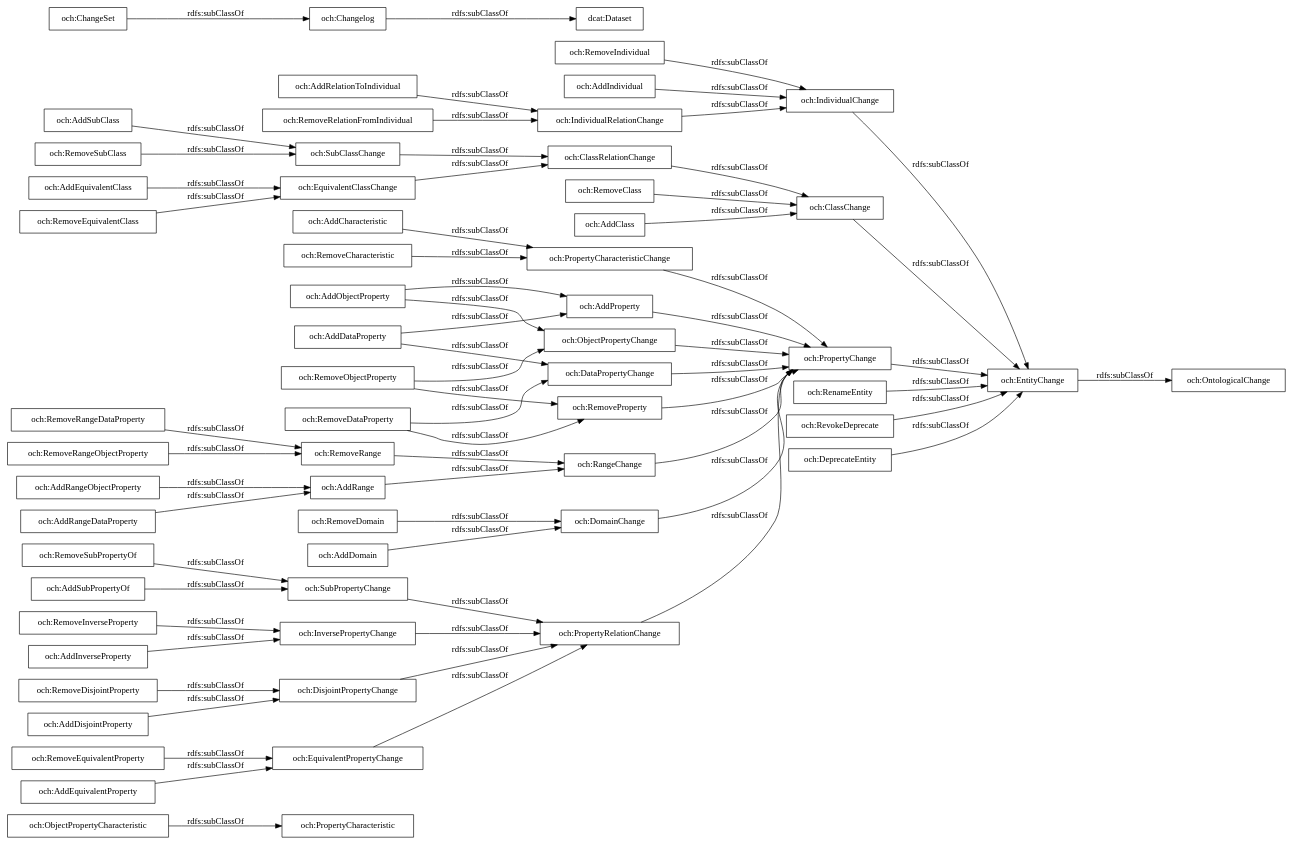
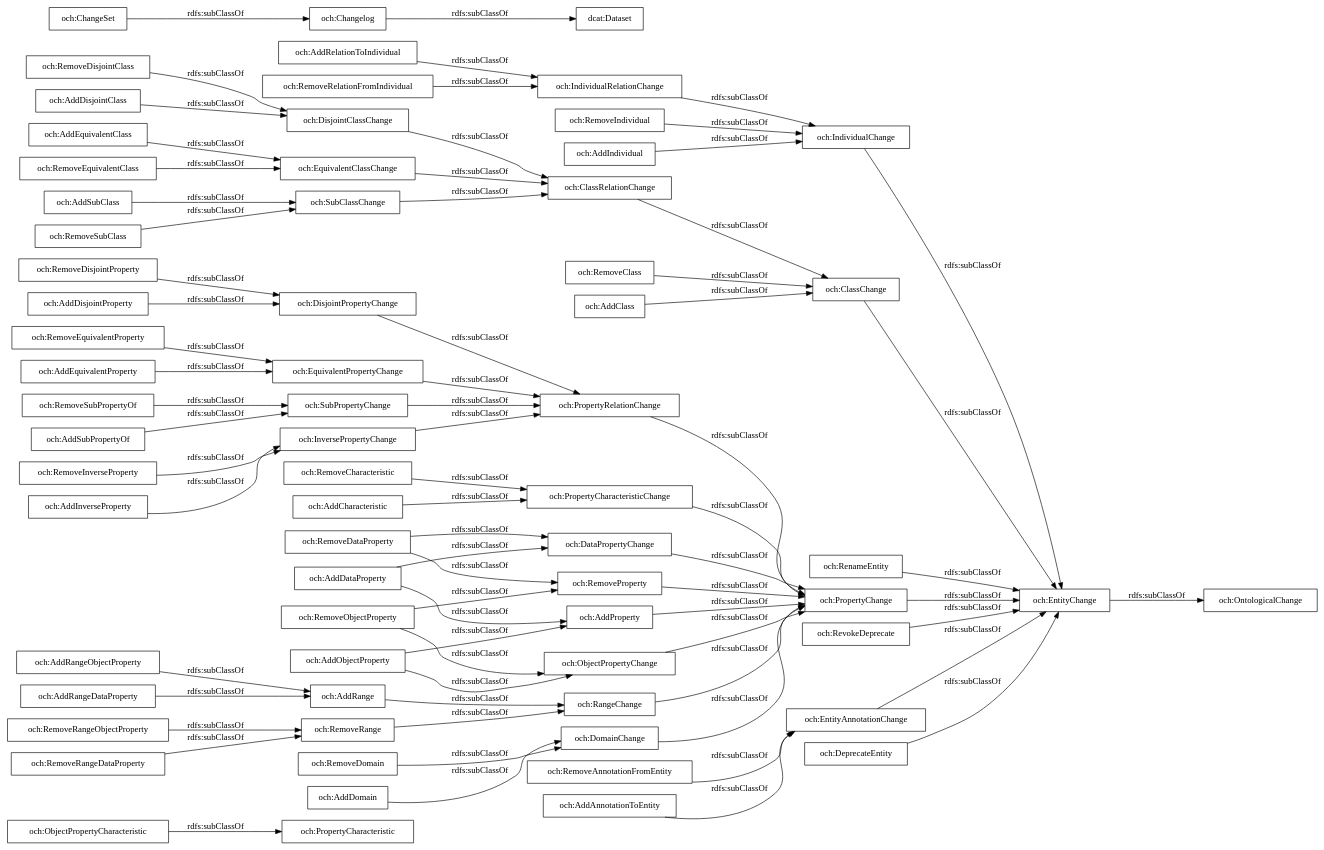
One commit to oeg-upm/OWLChangeOntology changed the diagram in OnToology/ontology/och_ontology_3.0.ttl/diagrams/ar2dtool-taxonomy/och_ontology_3.0.ttl.png.dot. Above: the diagram before and after it, drawn with Graphviz. The commit also changed 77 other files, not shown here.

```diff
--- a/OnToology/ontology/och_ontology_3.0.ttl/diagrams/ar2dtool-taxonomy/och_ontology_3.0.ttl.png.dot
+++ b/OnToology/ontology/och_ontology_3.0.ttl/diagrams/ar2dtool-taxonomy/och_ontology_3.0.ttl.png.dot
@@ -1,68 +1,74 @@
 digraph ar2dtool_diagram { 
 rankdir=LR;
 size="1000"
-node [shape = rectangle, color="black"]; "och:PropertyCharacteristic" "och:RemoveObjectProperty" "och:RemoveCharacteristic" "och:RemoveIndividual" "och:AddIndividual" "och:RemoveEquivalentProperty" "och:DisjointPropertyChange" "och:PropertyRelationChange" "och:AddRelationToIndividual" "och:IndividualChange" "och:PropertyCharacteristicChange" "och:DataPropertyChange" "och:ClassChange" "och:RangeChange" "och:RemoveClass" "och:AddSubClass" "och:AddClass" "och:RemoveDataProperty" "och:RenameEntity" "och:PropertyChange" "och:EquivalentPropertyChange" "och:ObjectPropertyChange" "och:RevokeDeprecate" "och:EntityChange" "och:SubClassChange" "och:RemoveDisjointProperty" "och:AddRangeObjectProperty" "och:AddProperty" "och:ChangeSet" "och:AddEquivalentClass" "och:AddCharacteristic" "och:RemoveInverseProperty" "och:RemoveEquivalentClass" "och:RemoveDomain" "och:AddDisjointProperty" "och:Changelog" "och:RemoveSubClass" "och:AddInverseProperty" "och:DeprecateEntity" "och:RemoveRelationFromIndividual" "och:AddEquivalentProperty" "och:SubPropertyChange" "och:RemoveProperty" "och:ClassRelationChange" "och:AddDataProperty" "och:DomainChange" "och:EquivalentClassChange" "och:IndividualRelationChange" "och:AddObjectProperty" "och:RemoveRange" "dcat:Dataset" "och:RemoveSubPropertyOf" "och:AddDomain" "och:AddSubPropertyOf" "och:AddRange" "och:InversePropertyChange" "och:OntologicalChange" "och:AddRangeDataProperty" "och:ObjectPropertyCharacteristic" "och:RemoveRangeDataProperty" "och:RemoveRangeObjectProperty" ; /*classes style*/
+node [shape = rectangle, color="black"]; "och:PropertyCharacteristic" "och:RemoveObjectProperty" "och:RemoveCharacteristic" "och:RemoveIndividual" "och:AddIndividual" "och:RemoveEquivalentProperty" "och:DisjointPropertyChange" "och:PropertyRelationChange" "och:AddRelationToIndividual" "och:IndividualChange" "och:PropertyCharacteristicChange" "och:DataPropertyChange" "och:ClassChange" "och:RangeChange" "och:RemoveClass" "och:AddSubClass" "och:AddClass" "och:RemoveDataProperty" "och:RenameEntity" "och:PropertyChange" "och:RemoveDisjointClass" "och:EquivalentPropertyChange" "och:ObjectPropertyChange" "och:RevokeDeprecate" "och:EntityChange" "och:SubClassChange" "och:RemoveDisjointProperty" "och:AddRangeObjectProperty" "och:AddProperty" "och:ChangeSet" "och:AddEquivalentClass" "och:AddCharacteristic" "och:RemoveInverseProperty" "och:EntityAnnotationChange" "och:RemoveEquivalentClass" "och:DisjointClassChange" "och:RemoveDomain" "och:AddDisjointProperty" "och:Changelog" "och:RemoveSubClass" "och:AddInverseProperty" "och:DeprecateEntity" "och:RemoveRelationFromIndividual" "och:AddEquivalentProperty" "och:RemoveAnnotationFromEntity" "och:SubPropertyChange" "och:RemoveProperty" "och:AddDisjointClass" "och:ClassRelationChange" "och:AddDataProperty" "och:DomainChange" "och:AddAnnotationToEntity" "och:EquivalentClassChange" "och:IndividualRelationChange" "och:AddObjectProperty" "och:RemoveRange" "dcat:Dataset" "och:RemoveSubPropertyOf" "och:AddDomain" "och:AddSubPropertyOf" "och:AddRange" "och:InversePropertyChange" "och:OntologicalChange" "och:AddRangeDataProperty" "och:ObjectPropertyCharacteristic" "och:RemoveRangeObjectProperty" "och:RemoveRangeDataProperty" ; /*classes style*/
 	"och:RemoveDomain" -> "och:DomainChange" [ label = "rdfs:subClassOf" ];
 	"och:PropertyChange" -> "och:EntityChange" [ label = "rdfs:subClassOf" ];
 	"och:RemoveRangeObjectProperty" -> "och:RemoveRange" [ label = "rdfs:subClassOf" ];
 	"och:Changelog" -> "dcat:Dataset" [ label = "rdfs:subClassOf" ];
 	"och:PropertyRelationChange" -> "och:PropertyChange" [ label = "rdfs:subClassOf" ];
 	"och:AddCharacteristic" -> "och:PropertyCharacteristicChange" [ label = "rdfs:subClassOf" ];
 	"och:RemoveClass" -> "och:ClassChange" [ label = "rdfs:subClassOf" ];
 	"och:SubClassChange" -> "och:ClassRelationChange" [ label = "rdfs:subClassOf" ];
 	"och:RemoveDataProperty" -> "och:DataPropertyChange" [ label = "rdfs:subClassOf" ];
 	"och:RemoveDataProperty" -> "och:RemoveProperty" [ label = "rdfs:subClassOf" ];
 	"och:RemoveDisjointProperty" -> "och:DisjointPropertyChange" [ label = "rdfs:subClassOf" ];
 	"och:AddRangeObjectProperty" -> "och:AddRange" [ label = "rdfs:subClassOf" ];
 	"och:ChangeSet" -> "och:Changelog" [ label = "rdfs:subClassOf" ];
 	"och:AddObjectProperty" -> "och:AddProperty" [ label = "rdfs:subClassOf" ];
 	"och:AddObjectProperty" -> "och:ObjectPropertyChange" [ label = "rdfs:subClassOf" ];
 	"och:AddIndividual" -> "och:IndividualChange" [ label = "rdfs:subClassOf" ];
 	"och:AddRangeDataProperty" -> "och:AddRange" [ label = "rdfs:subClassOf" ];
 	"och:AddInverseProperty" -> "och:InversePropertyChange" [ label = "rdfs:subClassOf" ];
 	"och:IndividualRelationChange" -> "och:IndividualChange" [ label = "rdfs:subClassOf" ];
+	"och:RemoveAnnotationFromEntity" -> "och:EntityAnnotationChange" [ label = "rdfs:subClassOf" ];
 	"och:DisjointPropertyChange" -> "och:PropertyRelationChange" [ label = "rdfs:subClassOf" ];
 	"och:AddClass" -> "och:ClassChange" [ label = "rdfs:subClassOf" ];
+	"och:EntityAnnotationChange" -> "och:EntityChange" [ label = "rdfs:subClassOf" ];
 	"och:RemoveInverseProperty" -> "och:InversePropertyChange" [ label = "rdfs:subClassOf" ];
 	"och:EntityChange" -> "och:OntologicalChange" [ label = "rdfs:subClassOf" ];
 	"och:AddDataProperty" -> "och:AddProperty" [ label = "rdfs:subClassOf" ];
 	"och:AddDataProperty" -> "och:DataPropertyChange" [ label = "rdfs:subClassOf" ];
 	"och:RemoveEquivalentClass" -> "och:EquivalentClassChange" [ label = "rdfs:subClassOf" ];
 	"och:AddDisjointProperty" -> "och:DisjointPropertyChange" [ label = "rdfs:subClassOf" ];
 	"och:RemoveRange" -> "och:RangeChange" [ label = "rdfs:subClassOf" ];
+	"och:AddAnnotationToEntity" -> "och:EntityAnnotationChange" [ label = "rdfs:subClassOf" ];
 	"och:AddEquivalentProperty" -> "och:EquivalentPropertyChange" [ label = "rdfs:subClassOf" ];
 	"och:RemoveIndividual" -> "och:IndividualChange" [ label = "rdfs:subClassOf" ];
 	"och:RemoveProperty" -> "och:PropertyChange" [ label = "rdfs:subClassOf" ];
 	"och:AddEquivalentClass" -> "och:EquivalentClassChange" [ label = "rdfs:subClassOf" ];
 	"och:DeprecateEntity" -> "och:EntityChange" [ label = "rdfs:subClassOf" ];
 	"och:DataPropertyChange" -> "och:PropertyChange" [ label = "rdfs:subClassOf" ];
 	"och:RemoveSubClass" -> "och:SubClassChange" [ label = "rdfs:subClassOf" ];
 	"och:RemoveEquivalentProperty" -> "och:EquivalentPropertyChange" [ label = "rdfs:subClassOf" ];
 	"och:SubPropertyChange" -> "och:PropertyRelationChange" [ label = "rdfs:subClassOf" ];
 	"och:RenameEntity" -> "och:EntityChange" [ label = "rdfs:subClassOf" ];
+	"och:AddDisjointClass" -> "och:DisjointClassChange" [ label = "rdfs:subClassOf" ];
 	"och:ObjectPropertyCharacteristic" -> "och:PropertyCharacteristic" [ label = "rdfs:subClassOf" ];
 	"och:PropertyCharacteristicChange" -> "och:PropertyChange" [ label = "rdfs:subClassOf" ];
 	"och:RemoveRangeDataProperty" -> "och:RemoveRange" [ label = "rdfs:subClassOf" ];
+	"och:RemoveDisjointClass" -> "och:DisjointClassChange" [ label = "rdfs:subClassOf" ];
 	"och:RevokeDeprecate" -> "och:EntityChange" [ label = "rdfs:subClassOf" ];
 	"och:DomainChange" -> "och:PropertyChange" [ label = "rdfs:subClassOf" ];
 	"och:RemoveObjectProperty" -> "och:ObjectPropertyChange" [ label = "rdfs:subClassOf" ];
 	"och:RemoveObjectProperty" -> "och:RemoveProperty" [ label = "rdfs:subClassOf" ];
 	"och:AddSubPropertyOf" -> "och:SubPropertyChange" [ label = "rdfs:subClassOf" ];
 	"och:AddProperty" -> "och:PropertyChange" [ label = "rdfs:subClassOf" ];
 	"och:EquivalentPropertyChange" -> "och:PropertyRelationChange" [ label = "rdfs:subClassOf" ];
 	"och:ClassRelationChange" -> "och:ClassChange" [ label = "rdfs:subClassOf" ];
 	"och:ClassChange" -> "och:EntityChange" [ label = "rdfs:subClassOf" ];
 	"och:AddRange" -> "och:RangeChange" [ label = "rdfs:subClassOf" ];
 	"och:AddSubClass" -> "och:SubClassChange" [ label = "rdfs:subClassOf" ];
 	"och:AddDomain" -> "och:DomainChange" [ label = "rdfs:subClassOf" ];
 	"och:IndividualChange" -> "och:EntityChange" [ label = "rdfs:subClassOf" ];
 	"och:RemoveSubPropertyOf" -> "och:SubPropertyChange" [ label = "rdfs:subClassOf" ];
 	"och:AddRelationToIndividual" -> "och:IndividualRelationChange" [ label = "rdfs:subClassOf" ];
 	"och:RangeChange" -> "och:PropertyChange" [ label = "rdfs:subClassOf" ];
 	"och:RemoveRelationFromIndividual" -> "och:IndividualRelationChange" [ label = "rdfs:subClassOf" ];
 	"och:InversePropertyChange" -> "och:PropertyRelationChange" [ label = "rdfs:subClassOf" ];
 	"och:ObjectPropertyChange" -> "och:PropertyChange" [ label = "rdfs:subClassOf" ];
 	"och:RemoveCharacteristic" -> "och:PropertyCharacteristicChange" [ label = "rdfs:subClassOf" ];
 	"och:EquivalentClassChange" -> "och:ClassRelationChange" [ label = "rdfs:subClassOf" ];
+	"och:DisjointClassChange" -> "och:ClassRelationChange" [ label = "rdfs:subClassOf" ];
 
 }
```
